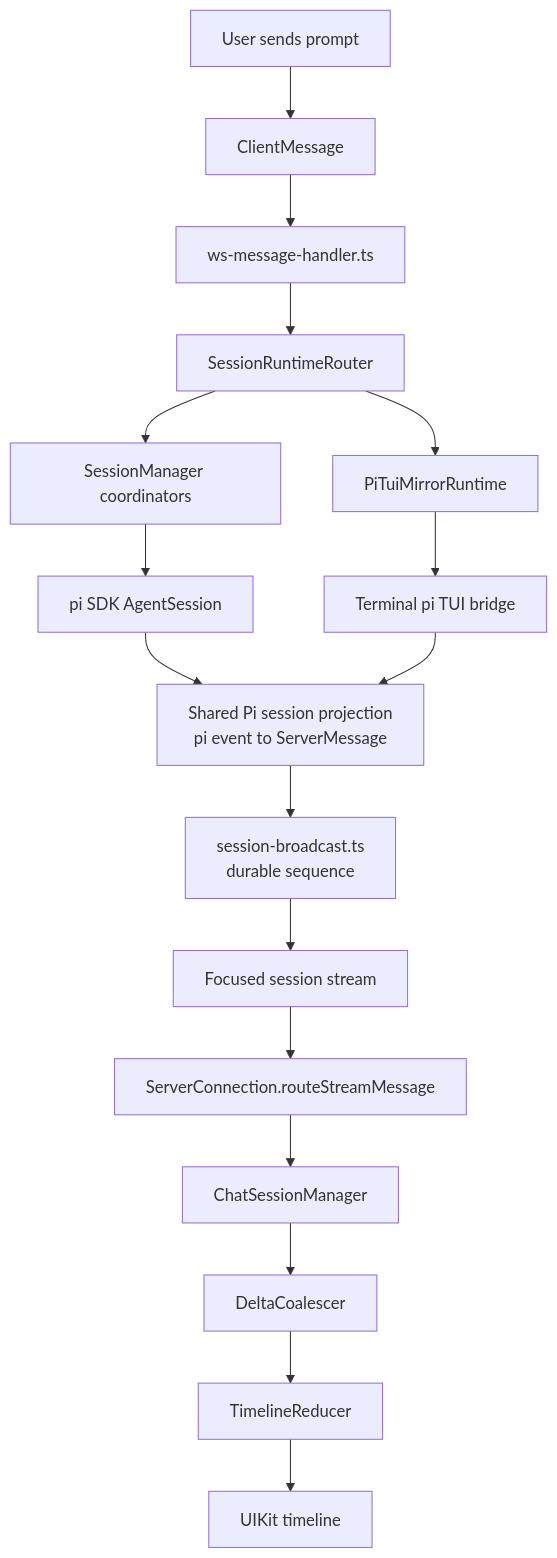
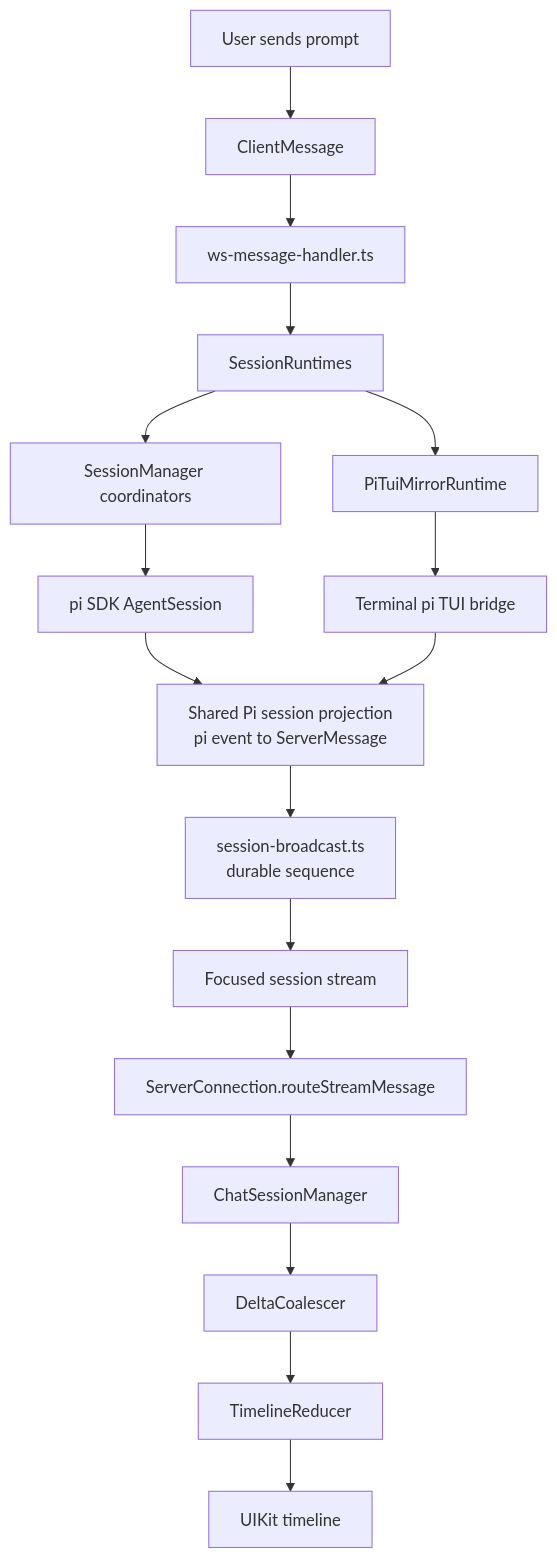
Before and after one commit to duh17/oppi: the fourth of 7 diagrams in docs/architecture.md, drawn with Mermaid. The commit also changed other lines of this file, not shown here.

Commit message:
docs: refresh architecture overview

````diff
--- a/docs/architecture.md
+++ b/docs/architecture.md
@@ -125,36 +132,36 @@
 ```mermaid
 graph TD
   Prompt[User sends prompt]
   ClientMsg[ClientMessage]
   Handler[ws-message-handler.ts]
-  Router[SessionRuntimeRouter]
+  Router[SessionRuntimes]
   SessionMgr[SessionManager coordinators]
   Mirror[PiTuiMirrorRuntime]
   SDK[pi SDK AgentSession]
   Terminal[Terminal pi TUI bridge]
   Translate[Shared Pi session projection<br/>pi event to ServerMessage]
   Sequence[session-broadcast.ts<br/>durable sequence]
   Stream[Focused session stream]
   Route[ServerConnection.routeStreamMessage]
   Manager[ChatSessionManager]
   Coalesce[DeltaCoalescer]
   Reduce[TimelineReducer]
   Render[UIKit timeline]
 
   Prompt --> ClientMsg
   ClientMsg --> Handler
   Handler --> Router
   Router --> SessionMgr
   Router --> Mirror
   SessionMgr --> SDK
   Mirror --> Terminal
   SDK --> Translate
   Terminal --> Translate
   Translate --> Sequence
   Sequence --> Stream
   Stream --> Route
   Route --> Manager
   Manager --> Coalesce
   Coalesce --> Reduce
   Reduce --> Render
 ```
````
